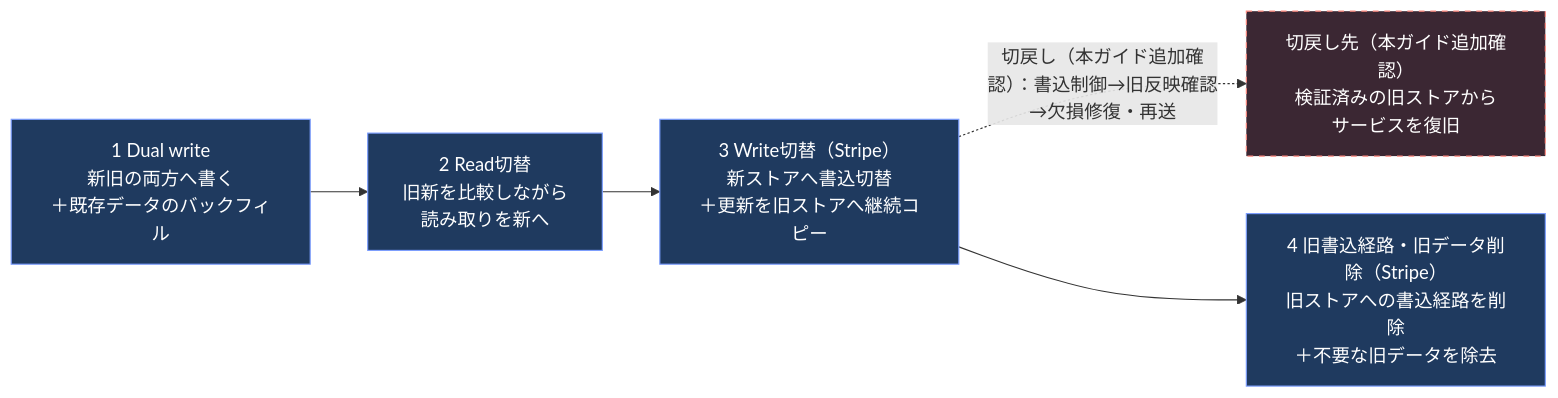
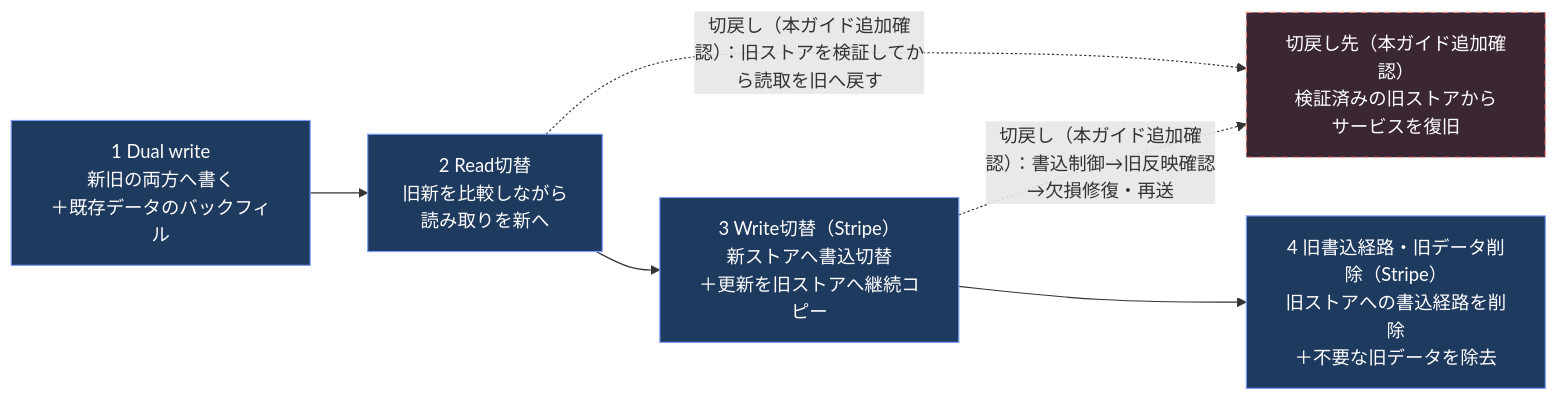
Before and after one commit to myoshi2891/Quality-Assurance-Studies: the ninth of 10 diagrams in Iso-29119-14-guide.md, drawn with Mermaid. The commit also changed other lines of this file and 1 other file, not shown here.

````diff
--- a/Iso-29119-14-guide.md
+++ b/Iso-29119-14-guide.md
@@ -480,12 +482,13 @@
 ```mermaid
 flowchart LR
     DW1["1 Dual write<br/>新旧の両方へ書く<br/>＋既存データのバックフィル"] --> DW2["2 Read切替<br/>旧新を比較しながら<br/>読み取りを新へ"]
     DW2 --> DW3["3 Write切替（Stripe）<br/>新ストアへ書込切替<br/>＋更新を旧ストアへ継続コピー"]
-    DW3 -. "切戻し（本ガイド追加確認）：書込制御→旧反映確認→欠損修復・再送" .-> RB["切戻し先（本ガイド追加確認）<br/>検証済みの旧ストアから<br/>サービスを復旧"]
+    DW2 -. "切戻し（本ガイド追加確認）：旧ストアを検証してから読取を旧へ戻す" .-> RB["切戻し先（本ガイド追加確認）<br/>検証済みの旧ストアから<br/>サービスを復旧"]
+    DW3 -. "切戻し（本ガイド追加確認）：書込制御→旧反映確認→欠損修復・再送" .-> RB
     DW3 --> DW4["4 旧書込経路・旧データ削除（Stripe）<br/>旧ストアへの書込経路を削除<br/>＋不要な旧データを除去"]
 
     classDef s fill:#1f3a5f,stroke:#7c9eff,color:#ffffff
     classDef rb fill:#3b2733,stroke:#ff8a80,color:#ffffff,stroke-dasharray: 5 5
     class DW1,DW2,DW3,DW4 s
     class RB rb
 ```
````
